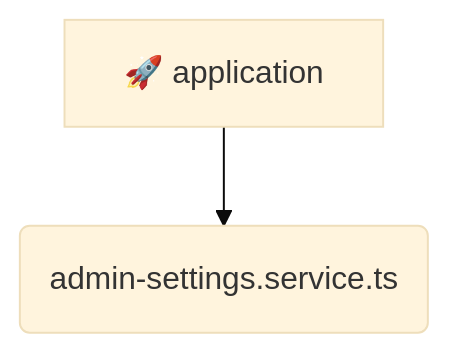
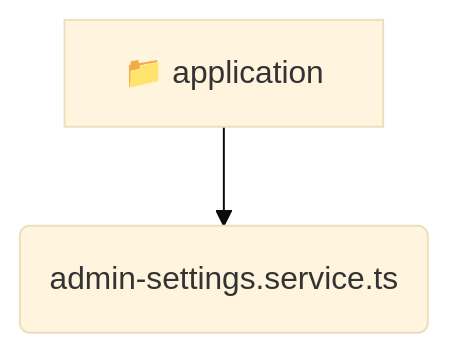
One commit to beginwebdev2002/fullstack-mavluda changed the diagram in backend/src/modules/admin-settings/application/README.md. Above: the diagram before and after it, drawn with Mermaid (base theme). The commit also changed other lines of this file and 155 other files, not shown here.

````diff
--- a/backend/src/modules/admin-settings/application/README.md
+++ b/backend/src/modules/admin-settings/application/README.md
@@ -9,5 +9,5 @@
 ```mermaid
 graph TD
-  application[🚀 application]
-  application --> admin_settings_service_ts(admin-settings.service.ts)
+  application[📁 application]
+  application --> application_admin_settings_service_ts(admin-settings.service.ts)
 ```
````
